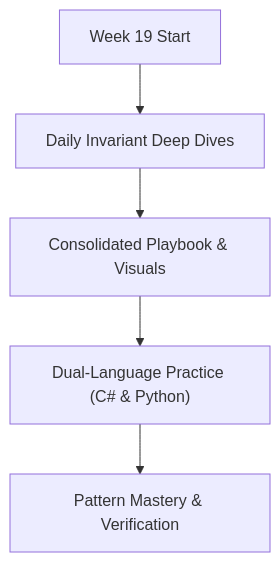
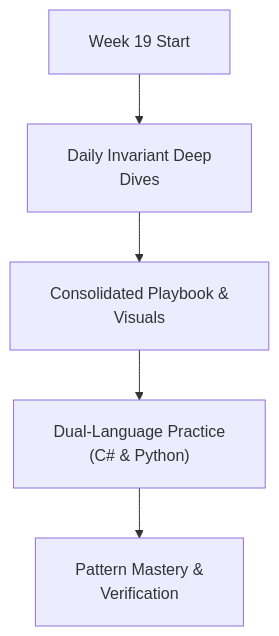
Before and after one commit to dip4k/DSA_102: the diagram in week_19_mock_interviews_mastery/README.md, drawn with Mermaid. The commit also changed 108 other files, not shown here.

First line of the commit message:
fix(mermaid): resolve diagram clipping, padding, and syntax issues across repo

````diff
--- a/week_19_mock_interviews_mastery/README.md
+++ b/week_19_mock_interviews_mastery/README.md
@@ -16,7 +16,8 @@
 ```mermaid
+%%{init: {"flowchart": {"htmlLabels": true, "padding": 20}}}%%
 flowchart TD
-    Start["Week 19 Start"] --> Daily["Daily Invariant Deep Dives"]
-    Daily --> Playbook["Consolidated Playbook & Visuals"]
-    Playbook --> DualLang["Dual-Language Practice (C# & Python)"]
-    DualLang --> Mastery["Pattern Mastery & Verification"]
+    Start["Week 19 Start"] --> Daily["Daily Invariant Deep<br/>Dives"]
+    Daily --> Playbook["Consolidated Playbook &<br/>Visuals"]
+    Playbook --> DualLang["Dual-Language Practice<br/>(C# & Python)"]
+    DualLang --> Mastery["Pattern Mastery &<br/>Verification"]
 ```
````
